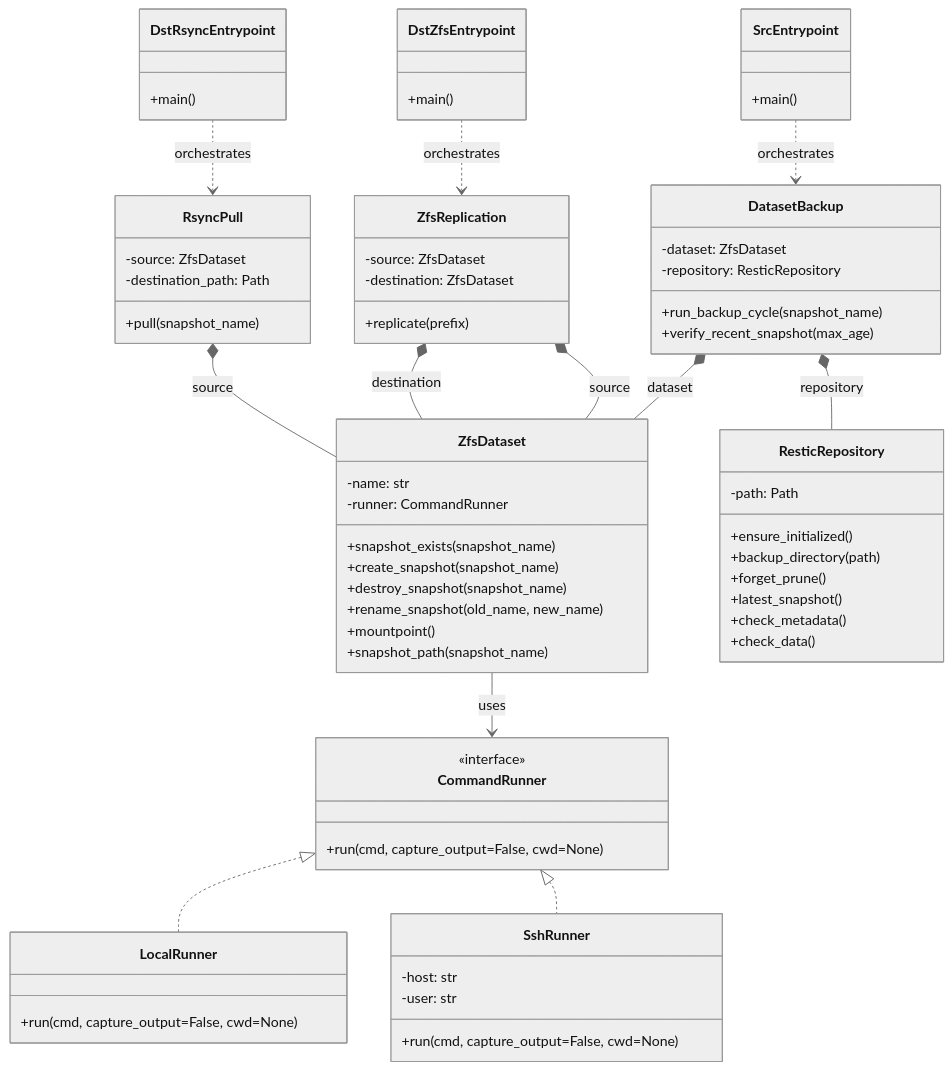
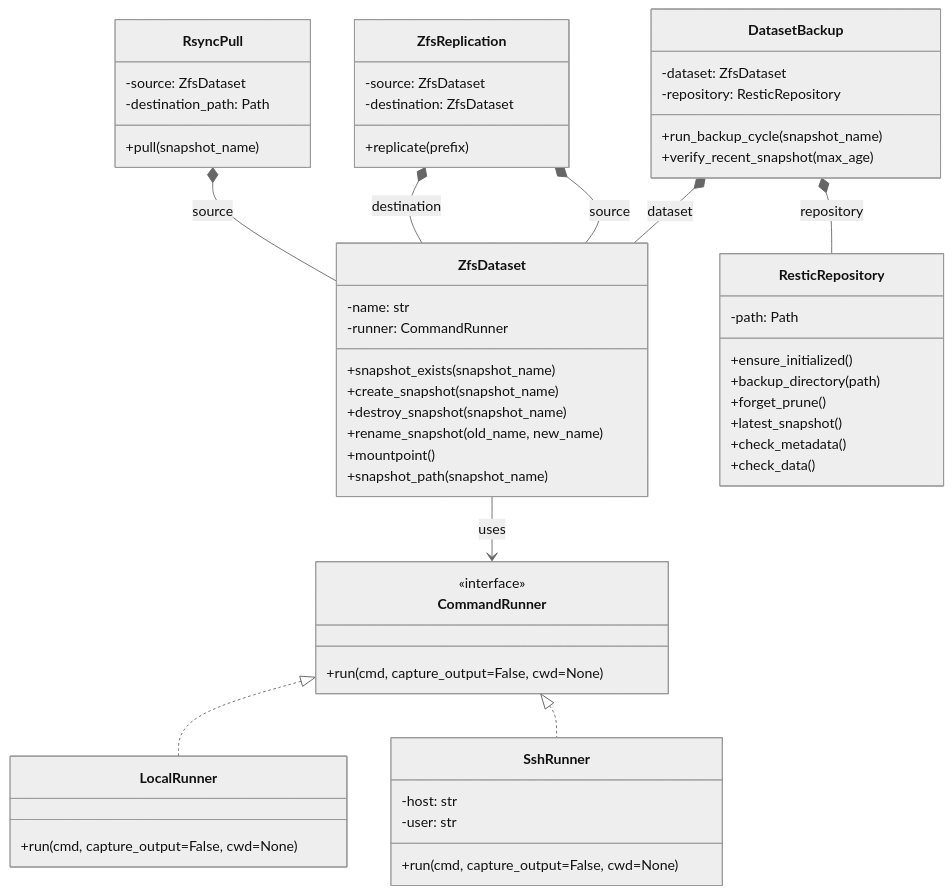
One commit to franco-ruggeri/nix-config changed the diagram in python/homelab-backup/docs/design.md. Above: the diagram before and after it, drawn with Mermaid (neutral theme). The commit also changed other lines of this file, not shown here.

Commit message:
docs(homelab): refine design diagram

````diff
--- a/python/homelab-backup/docs/design.md
+++ b/python/homelab-backup/docs/design.md
@@ -159,18 +59,6 @@
     +pull(snapshot_name)
   }
 
-  class SrcEntrypoint {
-    +main()
-  }
-
-  class DstZfsEntrypoint {
-    +main()
-  }
-
-  class DstRsyncEntrypoint {
-    +main()
-  }
-
   CommandRunner <|.. LocalRunner
   CommandRunner <|.. SshRunner
 
@@ -180,8 +68,4 @@
   ZfsReplication *-- ZfsDataset : source
   ZfsReplication *-- ZfsDataset : destination
   RsyncPull *-- ZfsDataset : source
-
-  SrcEntrypoint ..> DatasetBackup : orchestrates
-  DstZfsEntrypoint ..> ZfsReplication : orchestrates
-  DstRsyncEntrypoint ..> RsyncPull : orchestrates
 ```
````
